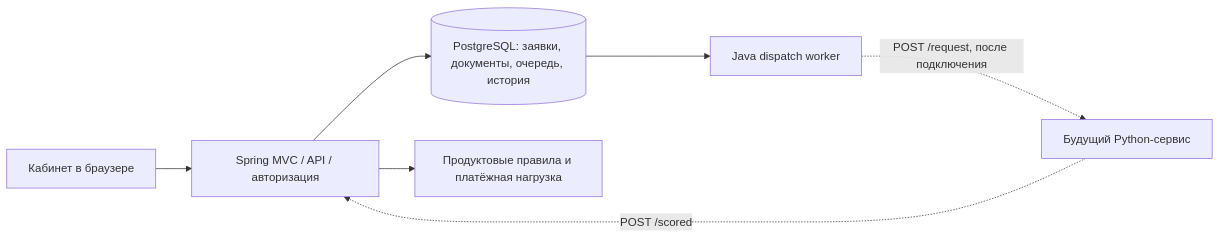
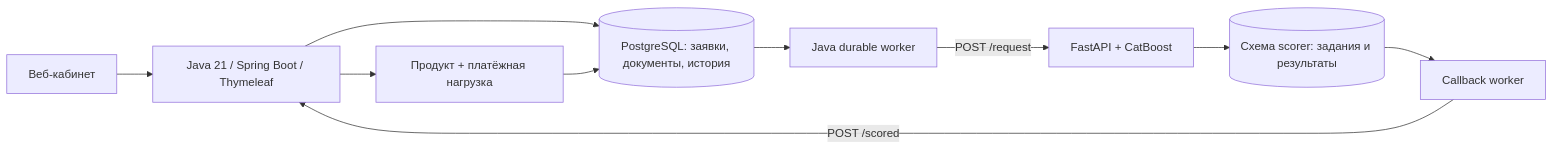
One commit to M3VV0/alfa-future-hackathon-2026 changed the diagram in README.md. Above: the diagram before and after it, drawn with Mermaid. The commit also changed other lines of this file and 52 other files, not shown here.

````diff
--- a/README.md
+++ b/README.md
@@ -71,9 +93,12 @@
 ```mermaid
 flowchart LR
-    Browser[Кабинет в браузере] --> Java[Spring MVC / API / авторизация]
-    Java --> DB[(PostgreSQL: заявки, документы, очередь, история)]
-    DB --> Worker[Java dispatch worker]
-    Worker -. POST /request, после подключения .-> Python[Будущий Python-сервис]
-    Python -. POST /scored .-> Java
-    Java --> Policy[Продуктовые правила и платёжная нагрузка]
+    Browser[Веб-кабинет] --> Java[Java 21 / Spring Boot / Thymeleaf]
+    Java --> PG[(PostgreSQL: заявки, документы, история)]
+    PG --> JW[Java durable worker]
+    JW -->|POST /request| Python[FastAPI + CatBoost]
+    Python --> Queue[(Схема scorer: задания и результаты)]
+    Queue --> CB[Callback worker]
+    CB -->|POST /scored| Java
+    Java --> Policy[Продукт + платёжная нагрузка]
+    Policy --> PG
 ```
````
